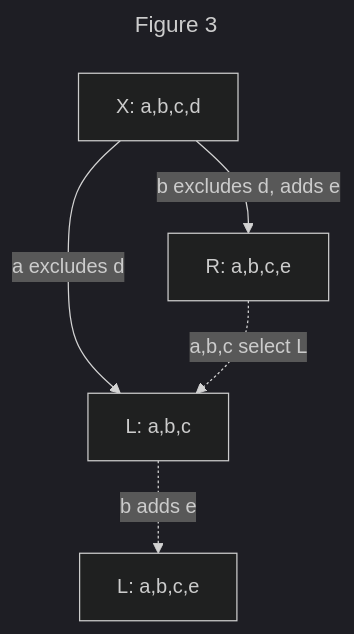
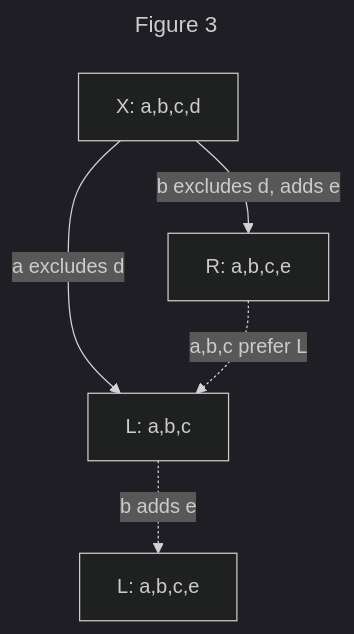
The third of 9 diagrams in README.md (ssbc/ssb-group-exclusion-spec), drawn with Mermaid (dark theme) before and after one commit. The commit also changed other lines of this file, not shown here.

````diff
--- a/README.md
+++ b/README.md
@@ -242,11 +242,11 @@
 ```mermaid
 ---
 title: Figure 3
 ---
 graph TB;
   zero[X: a,b,c,d]
   zero--"a excludes d"-->L[L: a,b,c]
   zero--"b excludes d, adds e"-->R[R: a,b,c,e]
-  R-. a,b,c select L .->L
+  R-. a,b,c prefer L .->L
   L-. b adds e .->L2[L: a,b,c,e]
 ```
````
